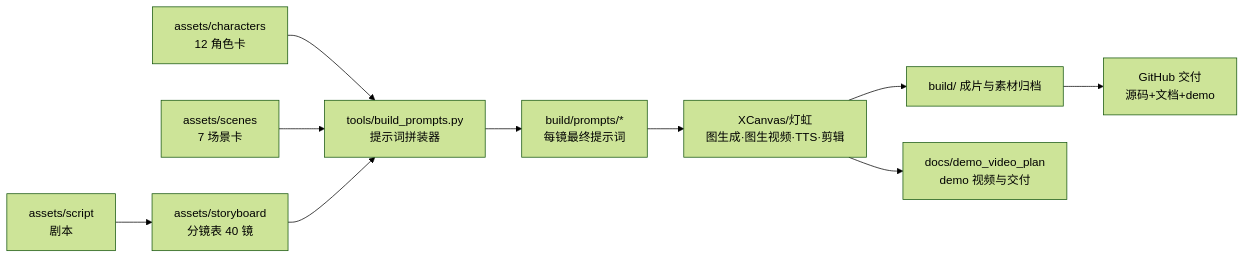
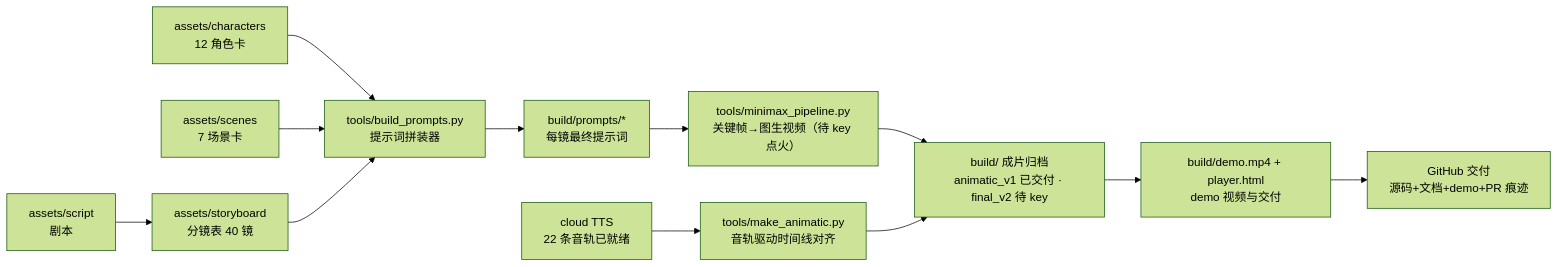
One commit to littlerodents/qiniu_hackthon changed the diagram in docs/architecture.md. Above: the diagram before and after it, drawn with Mermaid (forest theme). The commit also changed other lines of this file, not shown here.

Commit message:
架构文档与现实对齐：流程图/模块表改MiniMax直连产线(配音层+生成层待key+音轨驱动合成)，新增§8当前交付状态清单(animatic_v1/demo/player/probe定谳已交付，final_v2唯一等待key)

````diff
--- a/docs/architecture.md
+++ b/docs/architecture.md
@@ -18,12 +18,14 @@
 ```mermaid
 flowchart LR
   A[assets/script<br/>剧本] --> D[assets/storyboard<br/>分镜表 40 镜]
   B[assets/characters<br/>12 角色卡] --> E[tools/build_prompts.py<br/>提示词拼装器]
   C[assets/scenes<br/>7 场景卡] --> E
   D --> E
   E --> F[build/prompts/*<br/>每镜最终提示词]
-  F --> G[XCanvas/灯虹<br/>图生成·图生视频·TTS·剪辑]
-  G --> H[build/ 成片与素材归档]
-  G --> I[docs/demo_video_plan<br/>demo 视频与交付]
-  H --> J[GitHub 交付<br/>源码+文档+demo]
+  T[cloud TTS<br/>22 条音轨已就绪] --> M[tools/make_animatic.py<br/>音轨驱动时间线对齐]
+  F --> G[tools/minimax_pipeline.py<br/>关键帧→图生视频（待 key 点火）]
+  G --> H[build/ 成片归档<br/>animatic_v1 已交付 · final_v2 待 key]
+  M --> H
+  H --> I[build/demo.mp4 + player.html<br/>demo 视频与交付]
+  I --> J[GitHub 交付<br/>源码+文档+demo+PR 痕迹]
 ```
````
